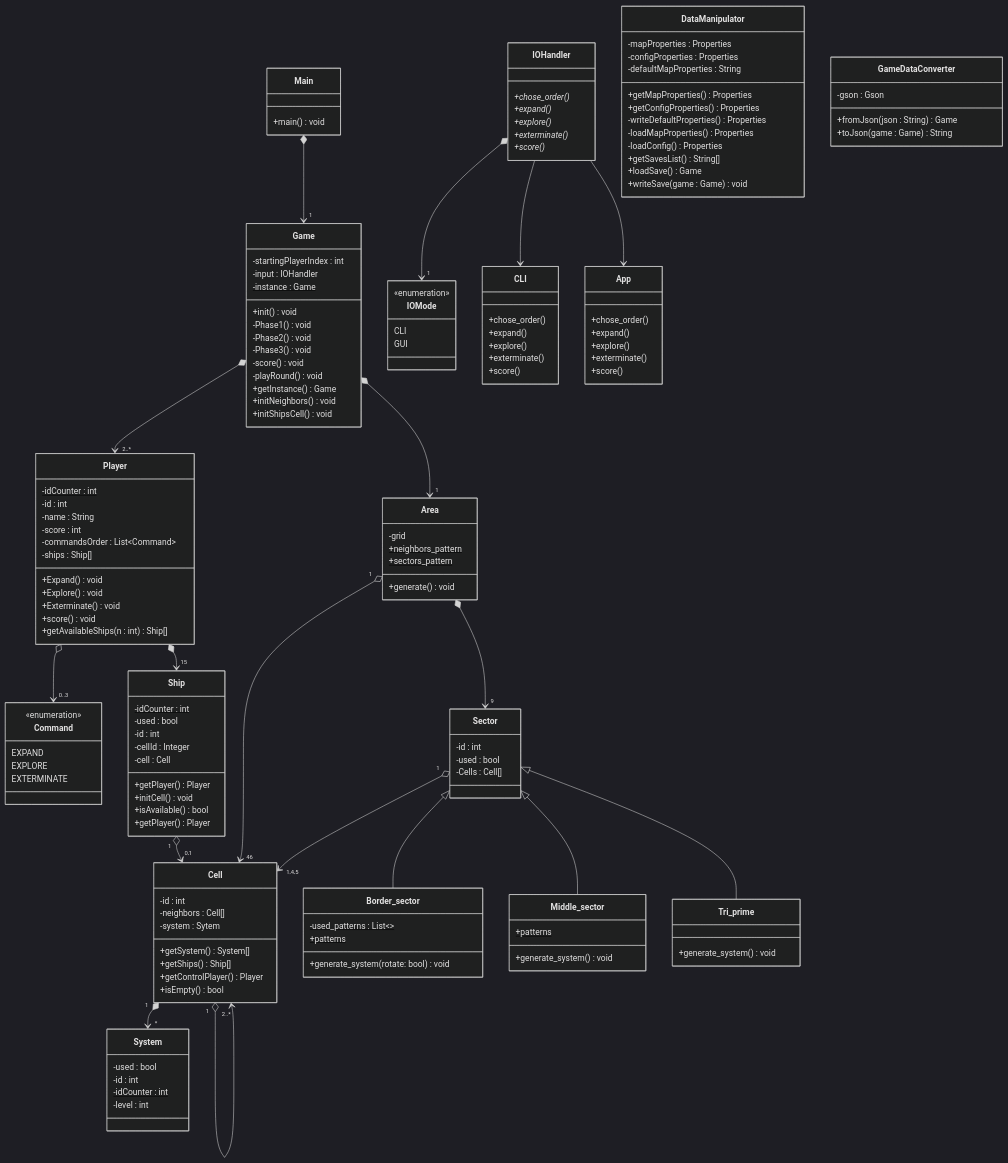
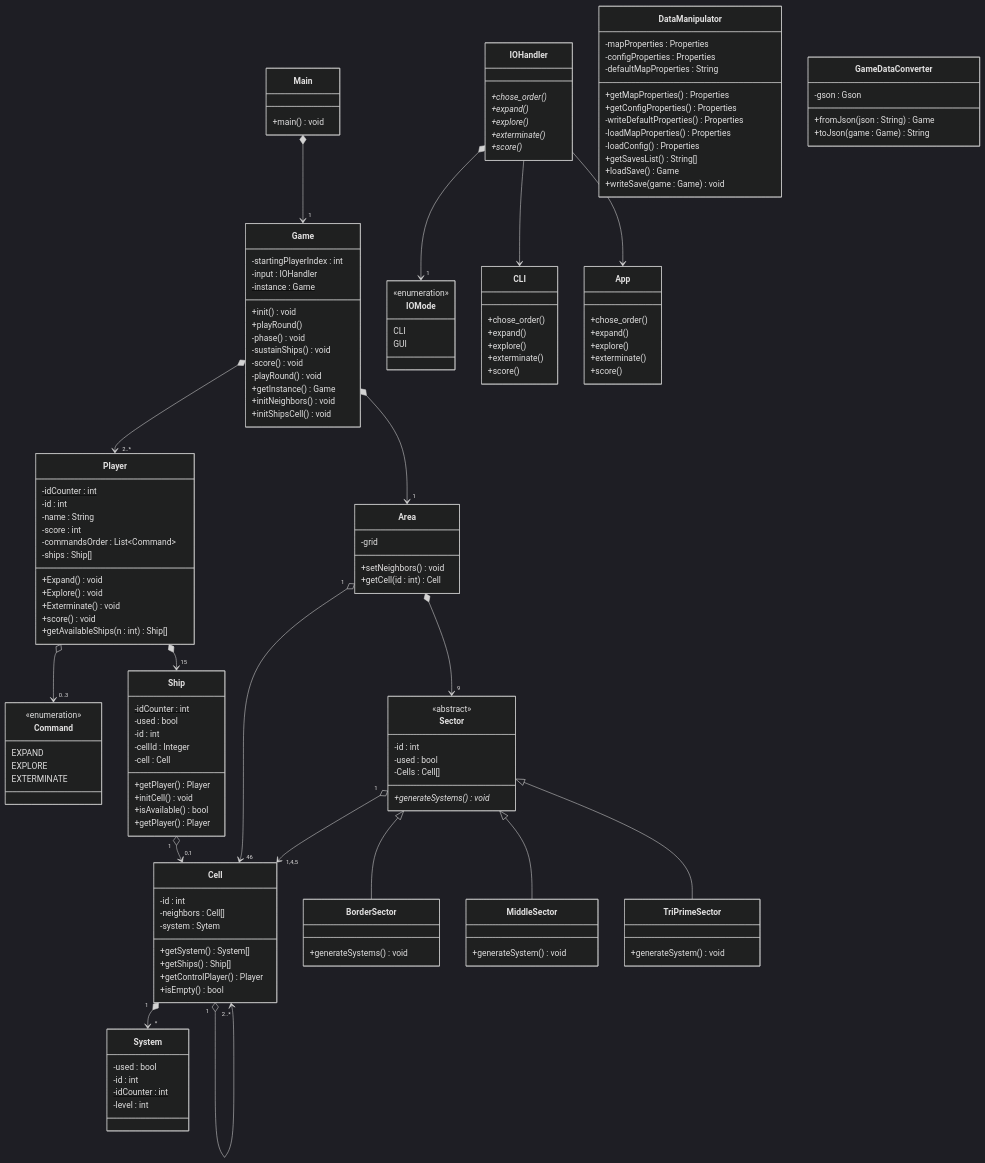
Before and after one commit to LeoCholvy/PocketImperium: the diagram in UML/class.mermaid, drawn with Mermaid (dark theme). The commit also changed 14 other files, not shown here.

```diff
--- a/UML/class.mermaid
+++ b/UML/class.mermaid
@@ -1,154 +1,151 @@
 classDiagram
     class Main {
         +main() void
     }
 
     class Game {
         -startingPlayerIndex : int
         -input : IOHandler
         -instance : Game$
         +init() void
-        -Phase1() void
-        -Phase2() void
-        -Phase3() void
+        +playRound()
+        -phase() void
+        -sustainShips() void
         -score() void
         -playRound() void
         +getInstance() Game
         +initNeighbors() void
         +initShipsCell() void
     }
     class Player {
         -idCounter : int$
         -id : int
         -name : String
         -score : int
         -commandsOrder : List~Command~
         -ships : Ship[]
         +Expand() void
         +Explore() void
         +Exterminate() void
         +score() void
         +getAvailableShips(n : int) Ship[]
     }
     class Command{
         <<enumeration>>
         EXPAND
         EXPLORE
         EXTERMINATE
     }
     Player o--> "0..3" Command
     class Area {
         -grid
-        +neighbors_pattern$
-        +sectors_pattern$
-        +generate() void
+        +setNeighbors() void
+        +getCell(id : int) Cell
     }
     class Sector {
+        <<abstract>>
         -id : int
         -used : bool
         -Cells : Cell[]
+        +generateSystems() void*
     }
-    class Border_sector {
-        -used_patterns : List~~$
-        +patterns$
-        +generate_system(rotate: bool) void
+    class BorderSector {
+        +generateSystems() void
     }
-    class Middle_sector {
-        +patterns$
-        +generate_system() void
-        %% se rotate aléatoirement
+    class MiddleSector {
+        +generateSystem() void
     }
-    class Tri_prime {
-        +generate_system() void
+    class TriPrimeSector {
+        +generateSystem() void
     }
     class System {
         -used : bool
         -id : int
         -idCounter : int$
         -level : int
     }
     class Ship {
         -idCounter : int$
         -used : bool
         -id : int
         -cellId : Integer
         -cell : Cell
         +getPlayer() Player
         +initCell() void
         +isAvailable() bool
         +getPlayer() Player
     }
     class Cell {
         -id : int
         -neighbors : Cell[]
         -system : Sytem
         +getSystem() System[]
         +getShips() Ship[]
         +getControlPlayer() Player
         +isEmpty() bool
     }
 
     Game *--> "2..*" Player
     Game *--> "1" Area
     Main *--> "1" Game
     Area "1" o--> "46" Cell
     Sector "1" o--> "1,4,5" Cell
-    Sector <|-- Border_sector
-    Sector <|-- Middle_sector
-    Sector <|-- Tri_prime
+    Sector <|-- BorderSector
+    Sector <|-- MiddleSector
+    Sector <|-- TriPrimeSector
     Cell "1" *--> "*" System
     Player *--> "15" Ship
     Area *--> "9" Sector
     Ship "1" o--> "0,1" Cell
     Cell "1" o--> "2..*" Cell
 
     class IOHandler {
         +chose_order()*
         +expand()*
         +explore()*
         +exterminate()*
         +score()*
     }
     class IOMode {
         <<enumeration>>
         CLI
         GUI
     }
     IOHandler *--> "1" IOMode
     class CLI {
         +chose_order()
         +expand()
         +explore()
         +exterminate()
         +score()
     }
     class App {
         +chose_order()
         +expand()
         +explore()
         +exterminate()
         +score()
     }
     IOHandler --> CLI
     IOHandler --> App
 
 
 
     class DataManipulator {
         -mapProperties : Properties
         -configProperties : Properties
         +getMapProperties() Properties
         +getConfigProperties() Properties
         -defaultMapProperties : String
         -writeDefaultProperties() Properties
         -loadMapProperties() Properties
         -loadConfig() Properties
         +getSavesList() String[]
         +loadSave() Game
         +writeSave(game : Game) void
     }
     class GameDataConverter {
         +fromJson(json : String) Game
         +toJson(game : Game) String
         -gson : Gson
     }
```
